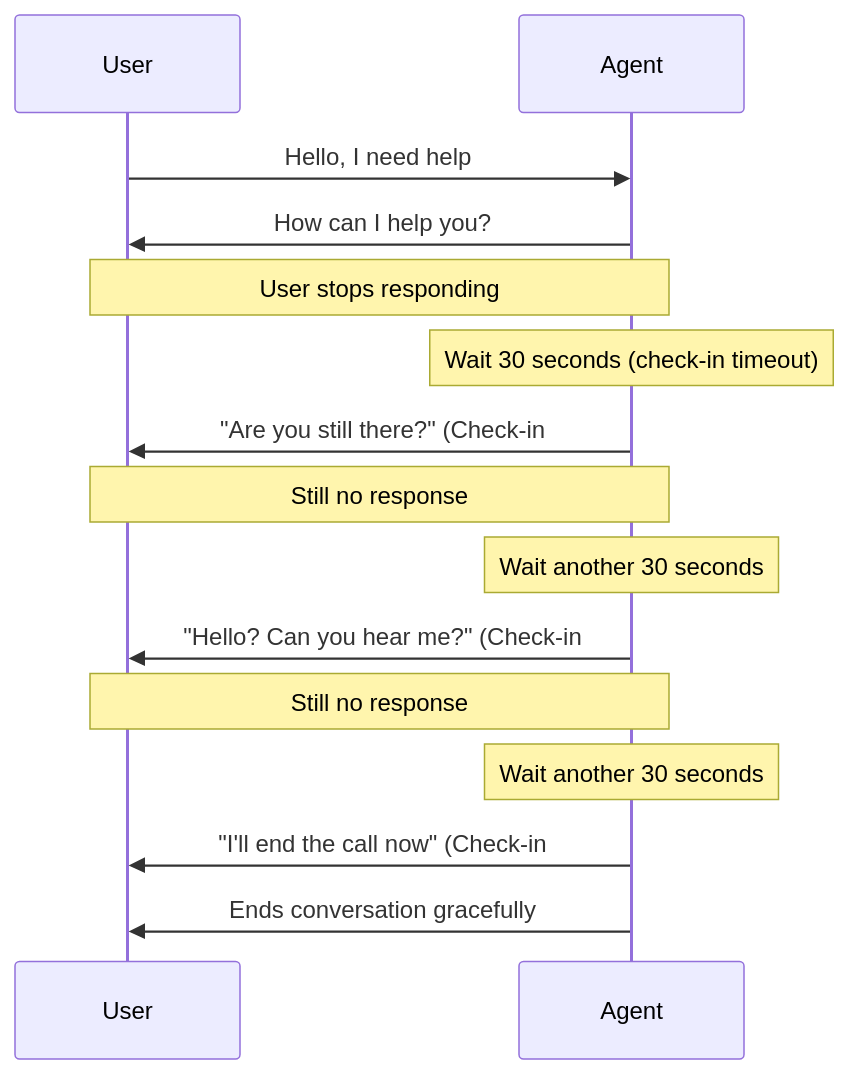
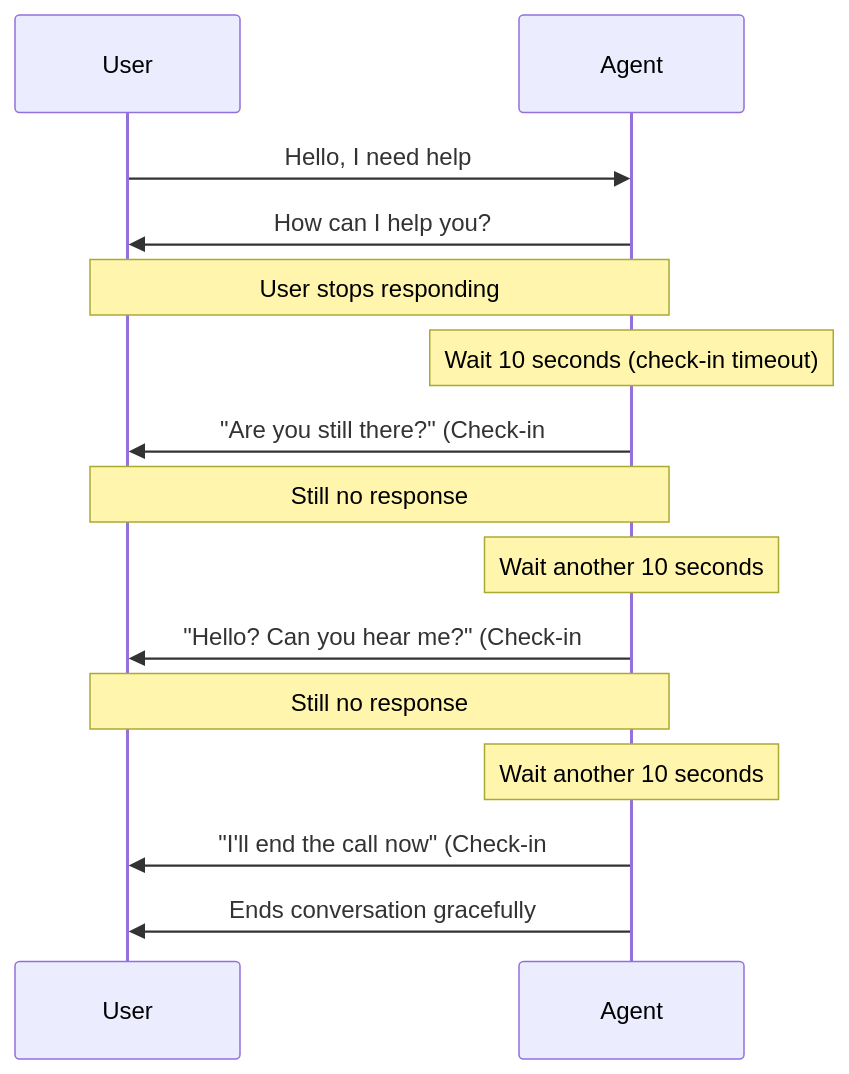
One commit to robertvy/docs changed the first of 3 diagrams in build/advanced/inactivity-timeout-settings.mdx. Above: the diagram before and after it, drawn with Mermaid. The commit also changed other lines of this file, not shown here.

First line of the commit message:
Update check-in timeout recommendations to 5-15 seconds

````diff
--- a/build/advanced/inactivity-timeout-settings.mdx
+++ b/build/advanced/inactivity-timeout-settings.mdx
@@ -97,17 +97,17 @@
     ```mermaid
     sequenceDiagram
         participant User
         participant Agent
         User->>Agent: Hello, I need help
         Agent->>User: How can I help you?
         Note over User,Agent: User stops responding
-        Note over Agent: Wait 30 seconds (check-in timeout)
+        Note over Agent: Wait 10 seconds (check-in timeout)
         Agent->>User: "Are you still there?" (Check-in #1)
         Note over User,Agent: Still no response
-        Note over Agent: Wait another 30 seconds
+        Note over Agent: Wait another 10 seconds
         Agent->>User: "Hello? Can you hear me?" (Check-in #2)
         Note over User,Agent: Still no response
-        Note over Agent: Wait another 30 seconds
+        Note over Agent: Wait another 10 seconds
         Agent->>User: "I'll end the call now" (Check-in #3)
         Agent->>User: Ends conversation gracefully
     ```
````
